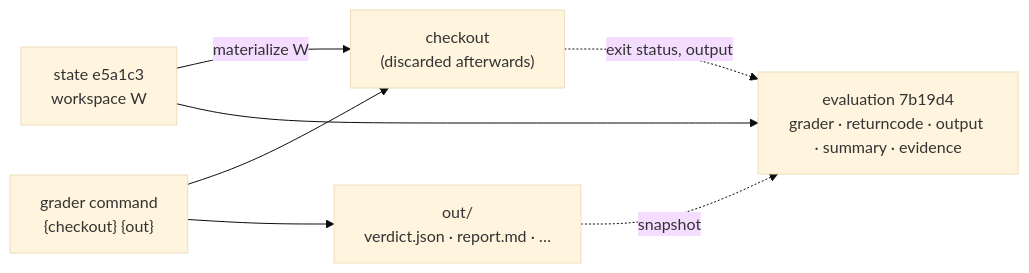
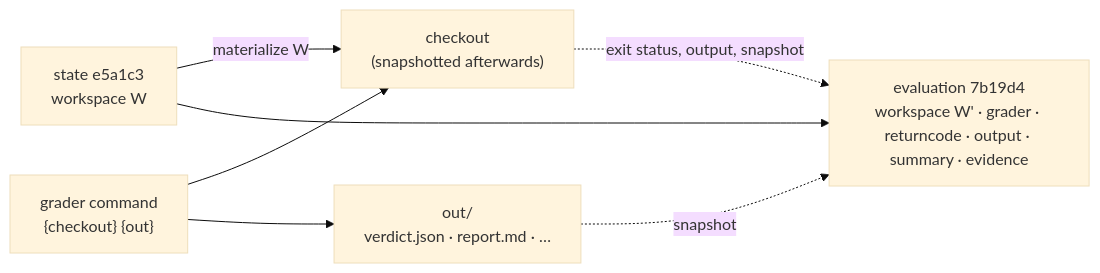
The ninth of 10 diagrams in docs/trajectory-schema.md (mechtaev/alaya), drawn with Mermaid (base theme) before and after one commit. The commit also changed other lines of this file and 611 other files, not shown here.

First line of the commit message:
Add the Bija example, a grader with a score, and graded checkouts as evaluation workspaces

````diff
--- a/docs/trajectory-schema.md
+++ b/docs/trajectory-schema.md
@@ -401,9 +411,9 @@
 ```mermaid
 flowchart LR
-  S["state e5a1c3<br/>workspace W"] -->|"materialize W"| C["checkout<br/>(discarded afterwards)"]
+  S["state e5a1c3<br/>workspace W"] -->|"materialize W"| C["checkout<br/>(snapshotted afterwards)"]
   G["grader command<br/>{checkout} {out}"] --> C
   G --> O["out/<br/>verdict.json · report.md · …"]
-  C -.->|"exit status, output"| E["evaluation 7b19d4<br/>grader · returncode · output · summary · evidence"]
+  C -.->|"exit status, output, snapshot"| E["evaluation 7b19d4<br/>workspace W' · grader · returncode · output · summary · evidence"]
   O -.->|"snapshot"| E
   S --> E
 ```
````
